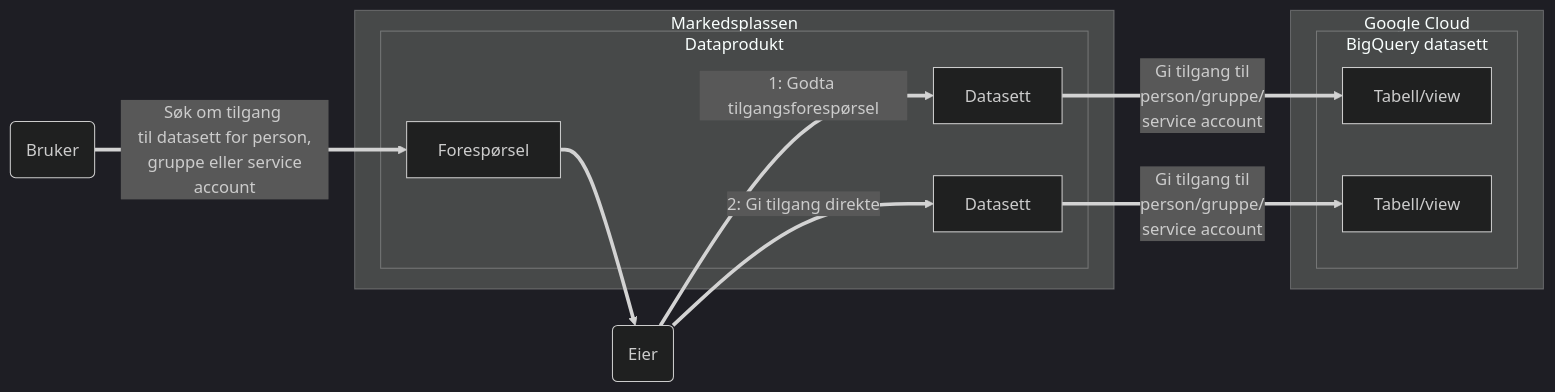
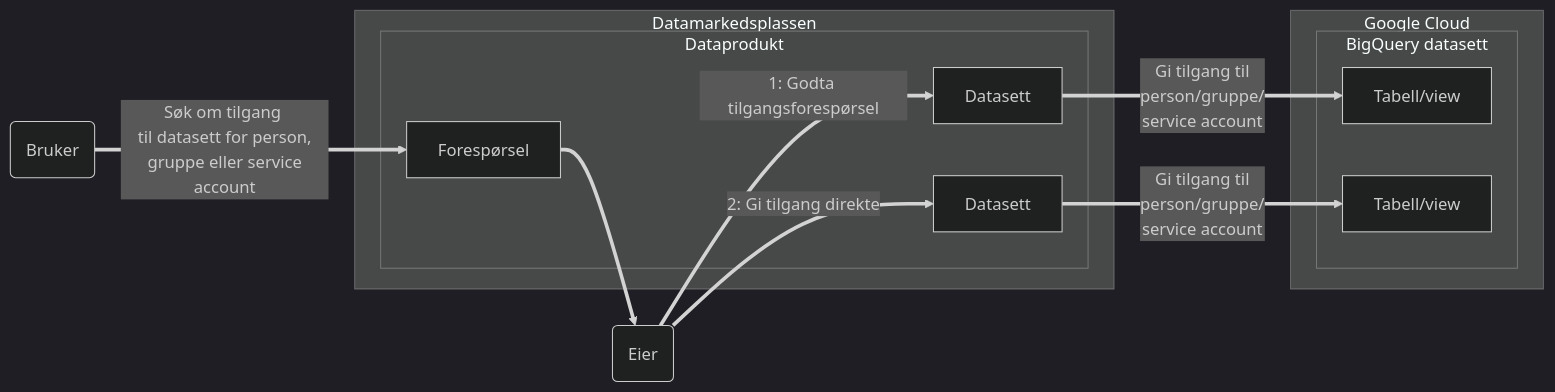
Before and after one commit to navikt/nada: the diagram in docs/dataprodukter/tilgangsstyring.md, drawn with Mermaid (dark theme). The commit also changed other lines of this file and 14 other files, not shown here.

Commit message:
fix: markedsplassen -> Datamarkedsplassen

````diff
--- a/docs/dataprodukter/tilgangsstyring.md
+++ b/docs/dataprodukter/tilgangsstyring.md
@@ -72,24 +72,24 @@
 ```mermaid
 graph LR;
     user(Bruker)
     eier(Eier)
     user=="Søk om tilgang <br> til datasett for person, <br> gruppe eller service account"==>tf
     eier=="1: Godta tilgangsforespørsel"==>ds1
     eier=="2: Gi tilgang direkte"==>ds2
     tf==>eier
-    subgraph "Markedsplassen"
+    subgraph "Datamarkedsplassen"
         subgraph "Dataprodukt"
             tf[Forespørsel]
             ds1[Datasett]
             ds2[Datasett]
         end
     end
     subgraph "Google Cloud"
         subgraph "BigQuery datasett"
             t1[Tabell/view]
             t2[Tabell/view]
             ds1=="Gi tilgang til <br> person/gruppe/<br>service account"==>t1
             ds2=="Gi tilgang til <br> person/gruppe/<br>service account"==>t2
         end
     end
 ```
````
